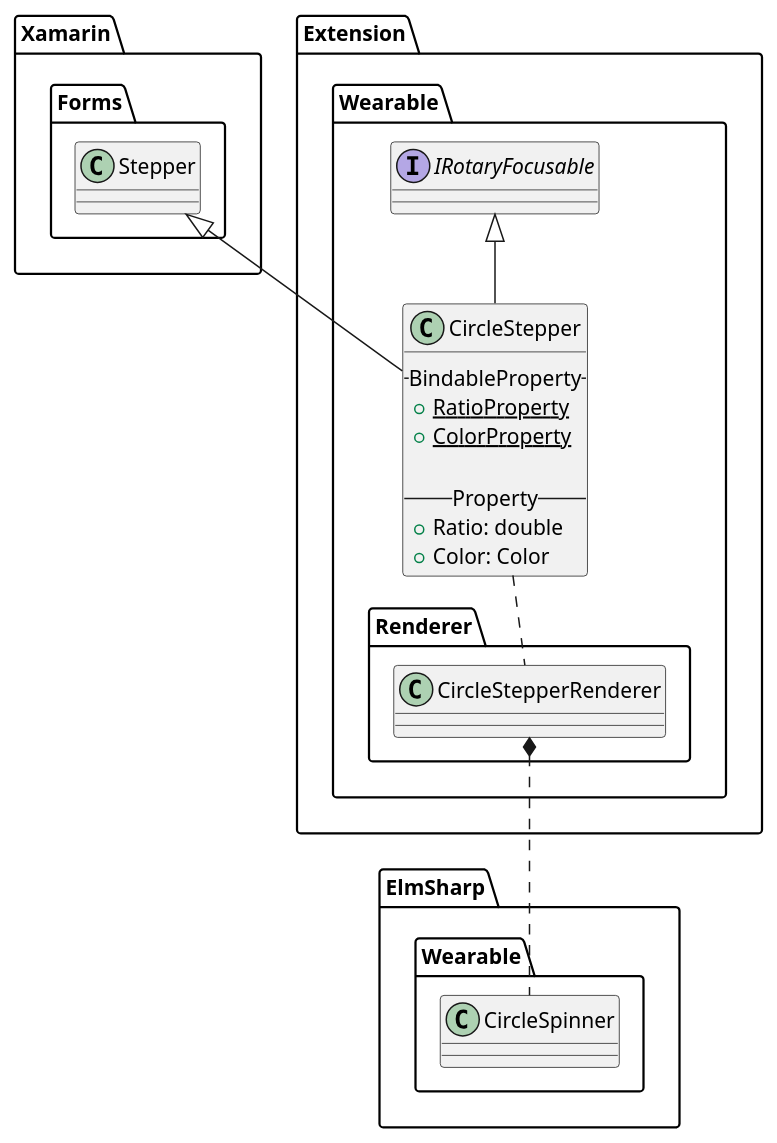
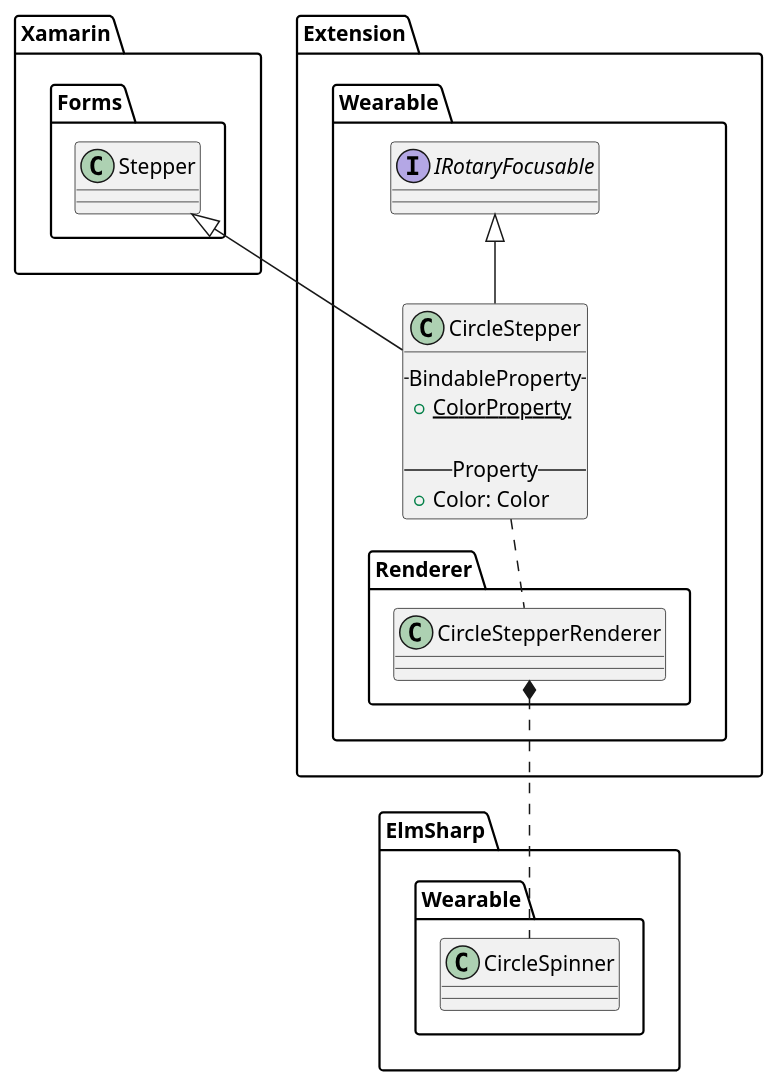
One commit to Samsung/Tizen.CircularUI changed diagram 12 of 15 in doc/design/uml/CirclePage.wsd. Above: the diagram before and after it, drawn with PlantUML. The commit also changed 6 other files, not shown here.

Commit message:
[CircleStepper] remove Ratio property

```diff
--- a/doc/design/uml/CirclePage.wsd
+++ b/doc/design/uml/CirclePage.wsd
@@ -355,32 +355,30 @@
 @startuml CircleStepper.png
 
 package "Xamarin.Forms" {
     class Stepper
 }
 
 package "Extension.Wearable" {
     interface IRotaryFocusable
     class CircleStepper {
         --BindableProperty--
-        {static} +RatioProperty
         {static} +ColorProperty
 
         --Property--
-        +Ratio: double
         +Color: Color
     }
 
     CircleStepper -u-|> Stepper
     CircleStepper -u-|> IRotaryFocusable
 }
 
 package "Extension.Wearable.Renderer" {
     class CircleStepperRenderer
     CircleStepperRenderer .u. CircleStepper
 }
 
 package "ElmSharp.Wearable" {
     class CircleSpinner
     CircleStepperRenderer *.d. CircleSpinner
 }
 @enduml
```
